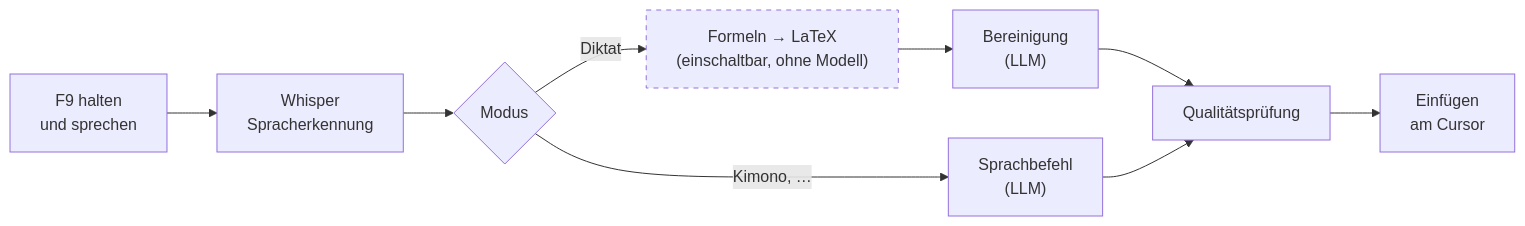
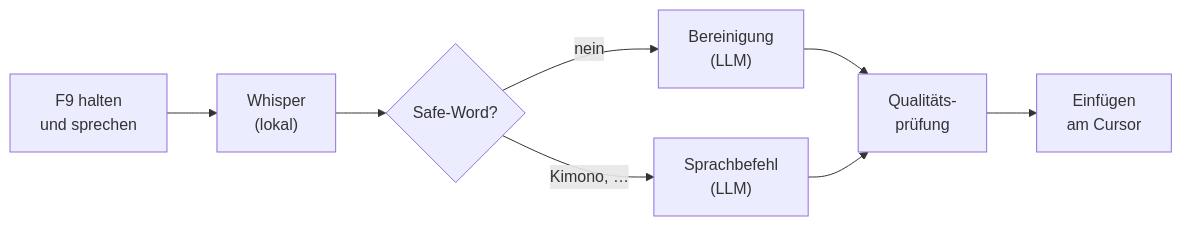
The diagram in README.de.md (FynnXland/fleech), drawn with Mermaid before and after one commit. The commit also changed 1 other file, not shown here.

Commit message:
README: Funktions-GIFs in voller Breite, Ablaufdiagramm entschlackt
Im 2x2-Raster waren die GIFs auf 390 px verkleinert und ihre Schrift
kaum lesbar; jetzt stehen sie wie das Haupt-GIF in 760 px untereinander.
Das Mermaid-Diagramm hat sieben statt acht Kaesten, damit es auf der
Repo-Seite lesbar bleibt (Formeln stehen bei den Funktionen).

````diff
--- a/README.de.md
+++ b/README.de.md
@@ -41,13 +41,10 @@
 ```mermaid
 flowchart LR
-    A["F9 halten<br/>und sprechen"] --> B["Whisper<br/>Spracherkennung"]
-    B --> C{"Modus"}
-    C -->|Diktat| F["Formeln → LaTeX<br/>(einschaltbar, ohne Modell)"]
-    F --> D["Bereinigung<br/>(LLM)"]
+    A["F9 halten<br/>und sprechen"] --> B["Whisper<br/>(lokal)"]
+    B --> C{"Safe-Word?"}
+    C -->|nein| D["Bereinigung<br/>(LLM)"]
     C -->|"Kimono, …"| E["Sprachbefehl<br/>(LLM)"]
-    D --> G["Qualitätsprüfung"]
-    E --> G
-    G --> H["Einfügen<br/>am Cursor"]
-    classDef optional stroke-dasharray: 5 5
-    class F optional
+    D --> F["Qualitäts-<br/>prüfung"]
+    E --> F
+    F --> G["Einfügen<br/>am Cursor"]
 ```
````
